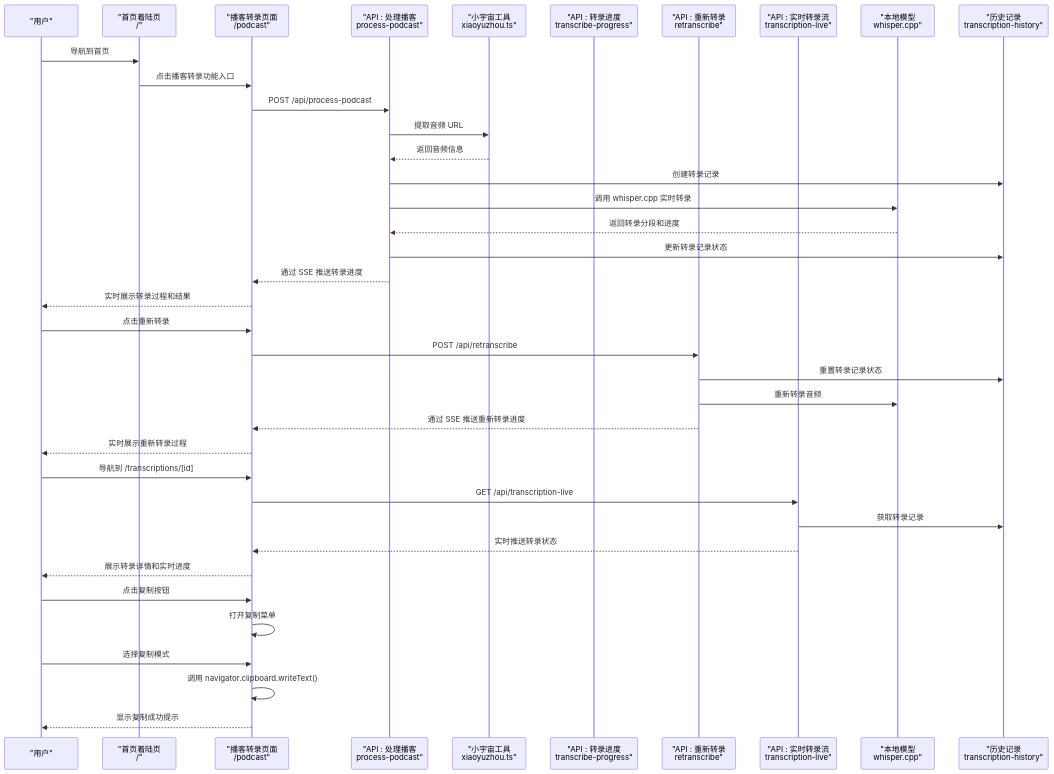
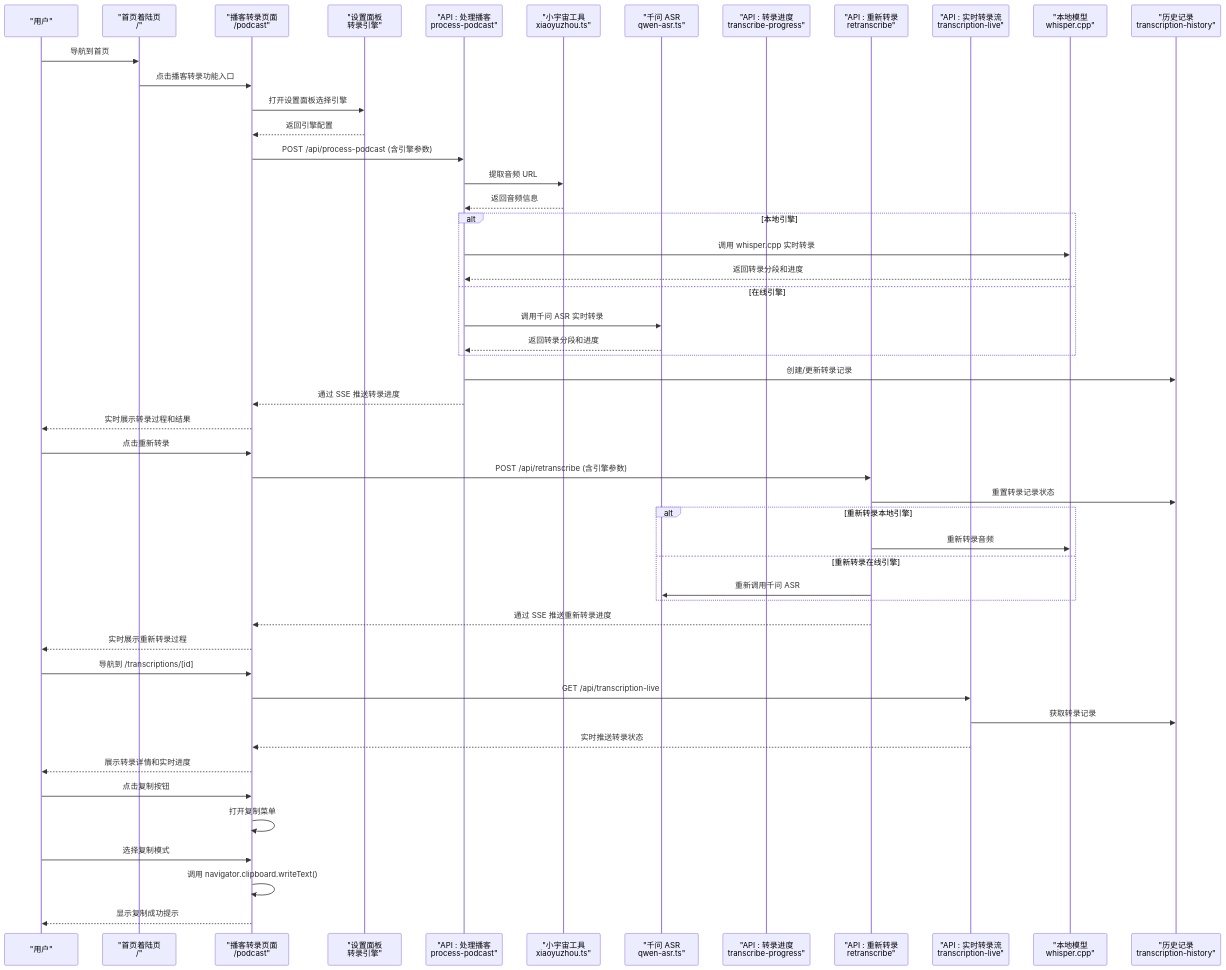
Before and after one commit to clawbotai/memo-flow: the second of 22 diagrams in .qoder/repowiki/zh/content/核心功能模块/播客转录功能.md, drawn with Mermaid. The commit also changed other lines of this file and 4 other files, not shown here.

````diff
--- a/.qoder/repowiki/zh/content/核心功能模块/播客转录功能.md
+++ b/.qoder/repowiki/zh/content/核心功能模块/播客转录功能.md
@@ -157,40 +177,52 @@
 ```mermaid
 sequenceDiagram
 participant U as "用户"
 participant H as "首页着陆页<br/>/"
 participant F as "播客转录页面<br/>/podcast"
+participant S as "设置面板<br/>转录引擎"
 participant A1 as "API : 处理播客<br/>process-podcast"
 participant L1 as "小宇宙工具<br/>xiaoyuzhou.ts"
+participant L2 as "千问 ASR<br/>qwen-asr.ts"
 participant A2 as "API : 转录进度<br/>transcribe-progress"
 participant A3 as "API : 重新转录<br/>retranscribe"
 participant A4 as "API : 实时转录流<br/>transcription-live"
 participant W as "本地模型<br/>whisper.cpp"
 participant H2 as "历史记录<br/>transcription-history"
 U->>H : 导航到首页
 H->>F : 点击播客转录功能入口
-F->>A1 : POST /api/process-podcast
+F->>S : 打开设置面板选择引擎
+S-->>F : 返回引擎配置
+F->>A1 : POST /api/process-podcast (含引擎参数)
 A1->>L1 : 提取音频 URL
 L1-->>A1 : 返回音频信息
-A1->>H2 : 创建转录记录
+Alt 本地引擎
 A1->>W : 调用 whisper.cpp 实时转录
 W-->>A1 : 返回转录分段和进度
-A1->>H2 : 更新转录记录状态
+Else 在线引擎
+A1->>L2 : 调用千问 ASR 实时转录
+L2-->>A1 : 返回转录分段和进度
+End
+A1->>H2 : 创建/更新转录记录
 A1-->>F : 通过 SSE 推送转录进度
 F-->>U : 实时展示转录过程和结果
 U->>F : 点击重新转录
-F->>A3 : POST /api/retranscribe
+F->>A3 : POST /api/retranscribe (含引擎参数)
 A3->>H2 : 重置转录记录状态
+Alt 重新转录本地引擎
 A3->>W : 重新转录音频
+Else 重新转录在线引擎
+A3->>L2 : 重新调用千问 ASR
+End
 A3-->>F : 通过 SSE 推送重新转录进度
 F-->>U : 实时展示重新转录过程
 U->>F : 导航到 /transcriptions/[id]
 F->>A4 : GET /api/transcription-live
 A4->>H2 : 获取转录记录
 A4-->>F : 实时推送转录状态
 F-->>U : 展示转录详情和实时进度
 U->>F : 点击复制按钮
 F->>F : 打开复制菜单
 U->>F : 选择复制模式
 F->>F : 调用 navigator.clipboard.writeText()
 F-->>U : 显示复制成功提示
 ```
````
